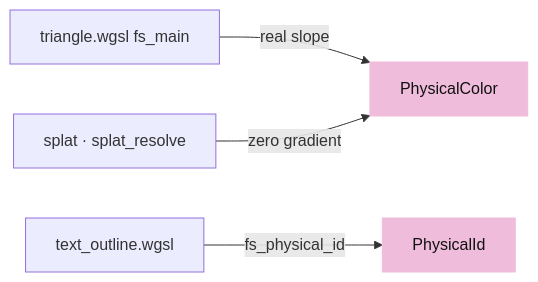
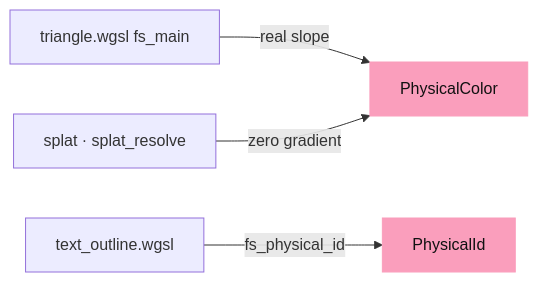
Before and after one commit to petrasvestartas/session: the tenth of 15 diagrams in session_viewer/docs/05-visibility.md, drawn with Mermaid. The commit also changed other lines of this file and 328 other files, not shown here.

First line of the commit message:
Course: the palette you sent, and mermaid drawn like the drawings

````diff
--- a/session_viewer/docs/05-visibility.md
+++ b/session_viewer/docs/05-visibility.md
@@ -216,8 +216,8 @@
 ```mermaid
 flowchart LR
     T["triangle.wgsl fs_main"] -- "real slope" --> P["PhysicalColor"]
     S["splat · splat_resolve"] -- "zero gradient" --> P
     O["text_outline.wgsl"] -- "fs_physical_id" --> I["PhysicalId"]
-    style P fill:#f0bcdb,stroke:#f0bcdb,color:#111
-    style I fill:#f0bcdb,stroke:#f0bcdb,color:#111
+    style P fill:#fa9ebc,stroke:#fa9ebc,color:#111
+    style I fill:#fa9ebc,stroke:#fa9ebc,color:#111
 ```
````
